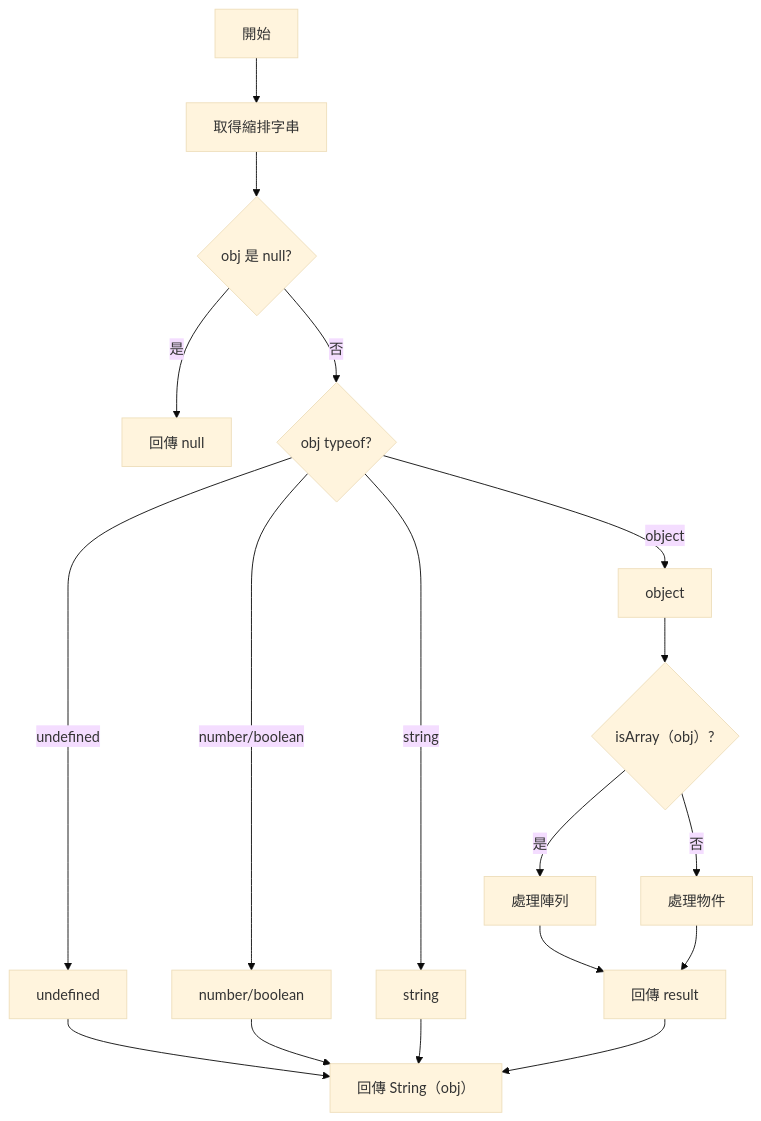
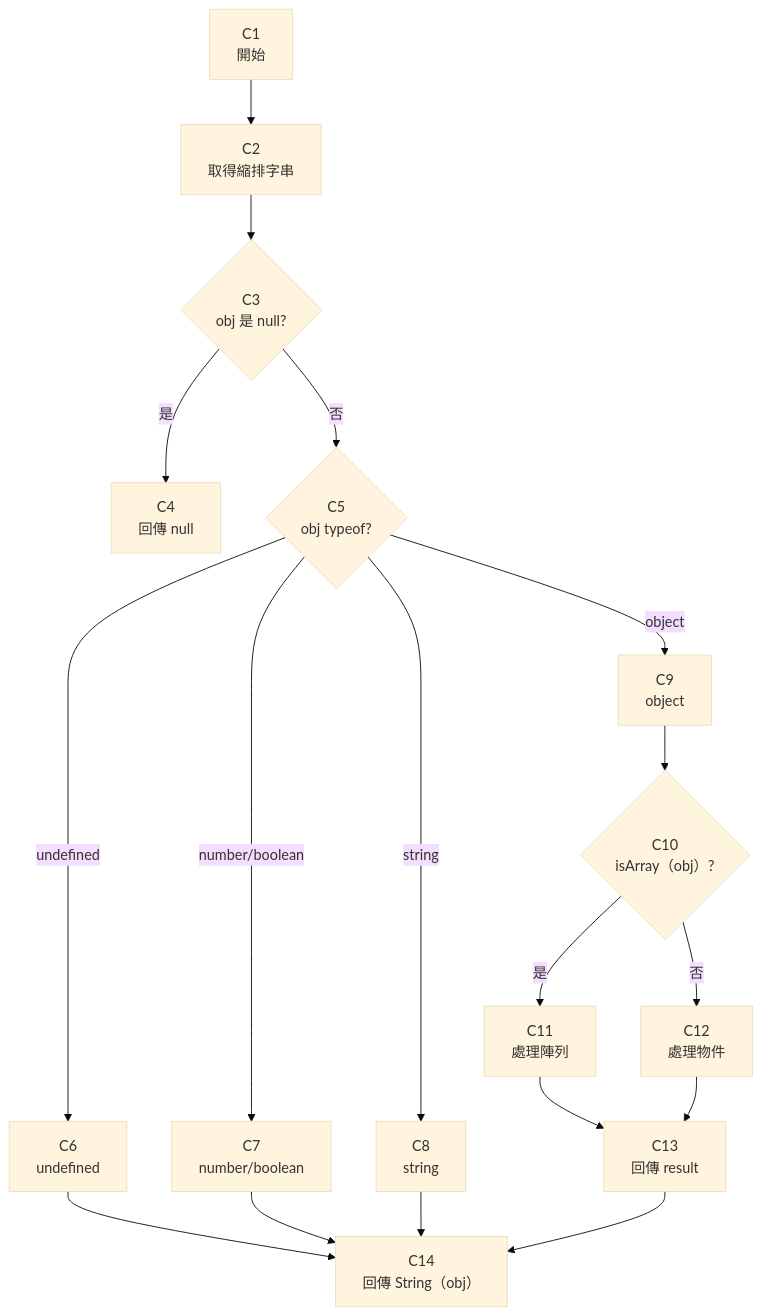
The fourth of 9 diagrams in VS_Code_Extension_JSON_format_v3_flowchart.md (ani198202/IDE_extension_json_format_marco), drawn with Mermaid (base theme) before and after one commit. The commit also changed other lines of this file, not shown here.

Commit message:
VS Code Extension JSON format v3 flowchart
VS Code Extension JSON format v3 流程圖程式語法更正。

````diff
--- a/VS_Code_Extension_JSON_format_v3_flowchart.md
+++ b/VS_Code_Extension_JSON_format_v3_flowchart.md
@@ -64,31 +64,31 @@
 ```mermaid
 flowchart TD
-  C1[開始]
-  C2[取得縮排字串]
-  C3{obj 是 null?}
-  C4[回傳 null]
-  C5{obj typeof?}
-  C6[undefined]
-  C7[number/boolean]
-  C8[string]
-  C9[object]
-  C10{isArray（obj）?}
-  C11[處理陣列]
-  C12[處理物件]
-  C13[回傳 result]
-  C14[回傳 String（obj）]
+  C1[C1<br>開始]
+  C2[C2<br>取得縮排字串]
+  C3{C3<br>obj 是 null?}
+  C4[C4<br>回傳 null]
+  C5{C5<br>obj typeof?}
+  C6[C6<br>undefined]
+  C7[C7<br>number/boolean]
+  C8[C8<br>string]
+  C9[C9<br>object]
+  C10{C10<br>isArray（obj）?}
+  C11[C11<br>處理陣列]
+  C12[C12<br>處理物件]
+  C13[C13<br>回傳 result]
+  C14[C14<br>回傳 String（obj）]
 
   C1 --> C2 --> C3
   C3 -- 是 --> C4
   C3 -- 否 --> C5
   C5 -- undefined --> C6 --> C14
   C5 -- number/boolean --> C7 --> C14
   C5 -- string --> C8 --> C14
   C5 -- object --> C9
   C9 --> C10
   C10 -- 是 --> C11
   C10 -- 否 --> C12
   C11 --> C13
   C12 --> C13
   C13 --> C14
 ```
````
